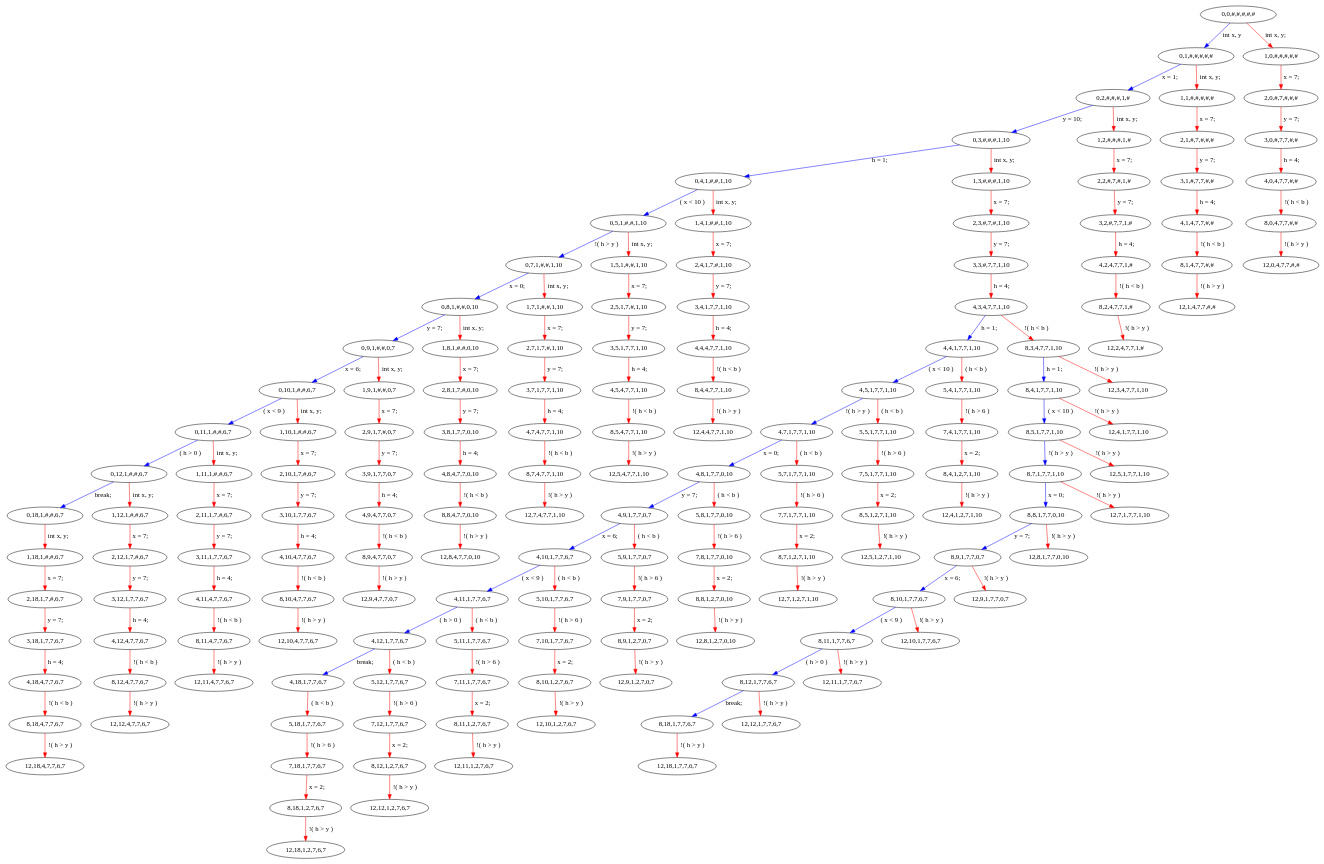
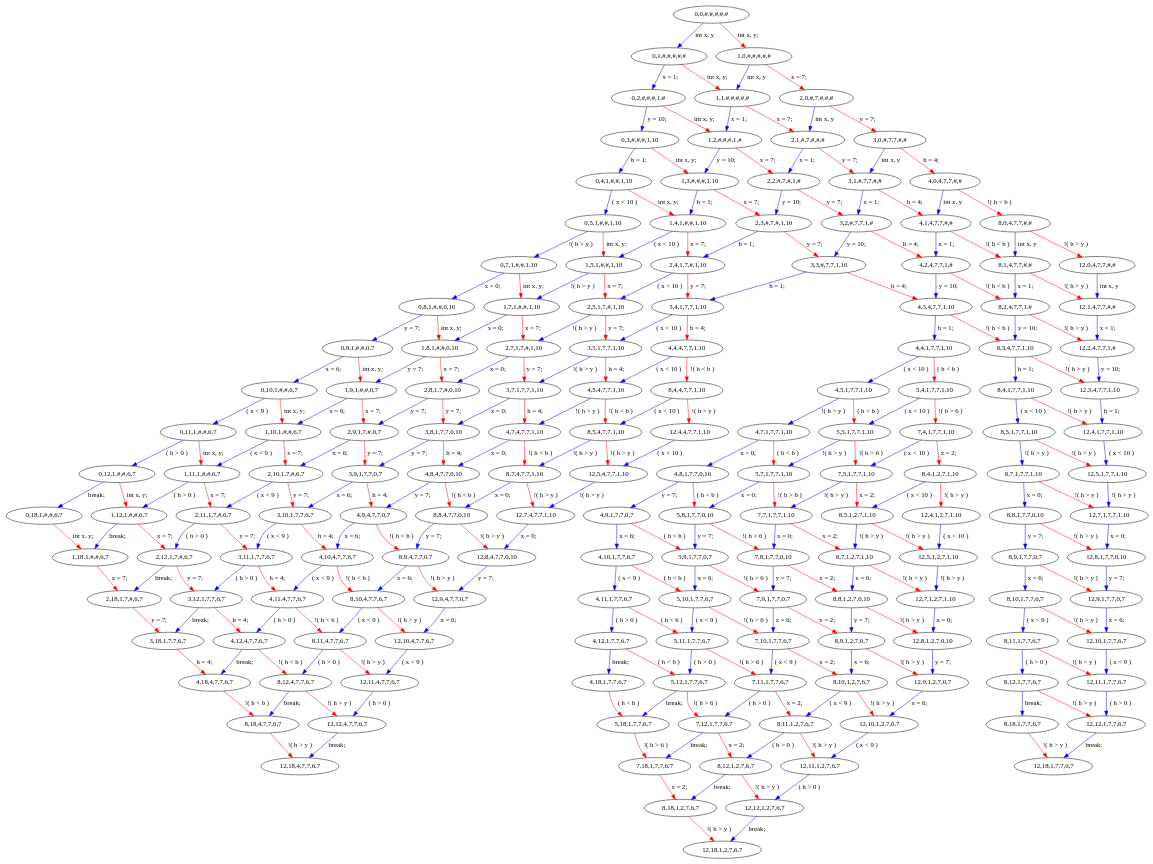
One commit to andxeg/volkanov_task_2 changed the diagram in resultFiles/lts_m12.dot. Above: the diagram before and after it, drawn with Graphviz. The commit also changed 2 other files, not shown here.

```diff
--- a/resultFiles/lts_m12.dot
+++ b/resultFiles/lts_m12.dot
@@ -173,49 +173,93 @@
 16 -> 17 [label="!( h < b )" color="red"];
 17 -> 18 [label="!( h > y )" color="red"];
 11 -> 19 [label="int x, y;" color="red"];
+19 -> 13 [label="break;" color="blue"];
 10 -> 20 [label="int x, y;" color="red"];
+20 -> 19 [label="( h > 0 )" color="blue"];
 9 -> 21 [label="int x, y;" color="red"];
+21 -> 20 [label="( x < 9 )" color="blue"];
 8 -> 22 [label="int x, y;" color="red"];
+22 -> 21 [label="x = 6;" color="blue"];
 7 -> 23 [label="int x, y;" color="red"];
+23 -> 22 [label="y = 7;" color="blue"];
 6 -> 24 [label="int x, y;" color="red"];
+24 -> 23 [label="x = 0;" color="blue"];
 5 -> 25 [label="int x, y;" color="red"];
+25 -> 24 [label="!( h > y )" color="blue"];
 4 -> 26 [label="int x, y;" color="red"];
+26 -> 25 [label="( x < 10 )" color="blue"];
 3 -> 27 [label="int x, y;" color="red"];
+27 -> 26 [label="h = 1;" color="blue"];
 2 -> 28 [label="int x, y;" color="red"];
+28 -> 27 [label="y = 10;" color="blue"];
 1 -> 29 [label="int x, y;" color="red"];
+29 -> 28 [label="x = 1;" color="blue"];
 0 -> 30 [label="int x, y;" color="red"];
+30 -> 29 [label="int x, y" color="blue"];
 19 -> 31 [label="x = 7;" color="red"];
+31 -> 14 [label="break;" color="blue"];
 20 -> 32 [label="x = 7;" color="red"];
+32 -> 31 [label="( h > 0 )" color="blue"];
 21 -> 33 [label="x = 7;" color="red"];
+33 -> 32 [label="( x < 9 )" color="blue"];
 22 -> 34 [label="x = 7;" color="red"];
+34 -> 33 [label="x = 6;" color="blue"];
 23 -> 35 [label="x = 7;" color="red"];
+35 -> 34 [label="y = 7;" color="blue"];
 24 -> 36 [label="x = 7;" color="red"];
+36 -> 35 [label="x = 0;" color="blue"];
 25 -> 37 [label="x = 7;" color="red"];
+37 -> 36 [label="!( h > y )" color="blue"];
 26 -> 38 [label="x = 7;" color="red"];
+38 -> 37 [label="( x < 10 )" color="blue"];
 27 -> 39 [label="x = 7;" color="red"];
+39 -> 38 [label="h = 1;" color="blue"];
 28 -> 40 [label="x = 7;" color="red"];
+40 -> 39 [label="y = 10;" color="blue"];
 29 -> 41 [label="x = 7;" color="red"];
+41 -> 40 [label="x = 1;" color="blue"];
 30 -> 42 [label="x = 7;" color="red"];
+42 -> 41 [label="int x, y" color="blue"];
 31 -> 43 [label="y = 7;" color="red"];
+43 -> 15 [label="break;" color="blue"];
 32 -> 44 [label="y = 7;" color="red"];
+44 -> 43 [label="( h > 0 )" color="blue"];
 33 -> 45 [label="y = 7;" color="red"];
+45 -> 44 [label="( x < 9 )" color="blue"];
 34 -> 46 [label="y = 7;" color="red"];
+46 -> 45 [label="x = 6;" color="blue"];
 35 -> 47 [label="y = 7;" color="red"];
+47 -> 46 [label="y = 7;" color="blue"];
 36 -> 48 [label="y = 7;" color="red"];
+48 -> 47 [label="x = 0;" color="blue"];
 37 -> 49 [label="y = 7;" color="red"];
+49 -> 48 [label="!( h > y )" color="blue"];
 38 -> 50 [label="y = 7;" color="red"];
+50 -> 49 [label="( x < 10 )" color="blue"];
 39 -> 51 [label="y = 7;" color="red"];
+51 -> 50 [label="h = 1;" color="blue"];
 40 -> 52 [label="y = 7;" color="red"];
+52 -> 51 [label="y = 10;" color="blue"];
 41 -> 53 [label="y = 7;" color="red"];
+53 -> 52 [label="x = 1;" color="blue"];
 42 -> 54 [label="y = 7;" color="red"];
+54 -> 53 [label="int x, y" color="blue"];
 43 -> 55 [label="h = 4;" color="red"];
+55 -> 16 [label="break;" color="blue"];
 44 -> 56 [label="h = 4;" color="red"];
+56 -> 55 [label="( h > 0 )" color="blue"];
 45 -> 57 [label="h = 4;" color="red"];
+57 -> 56 [label="( x < 9 )" color="blue"];
 46 -> 58 [label="h = 4;" color="red"];
+58 -> 57 [label="x = 6;" color="blue"];
 47 -> 59 [label="h = 4;" color="red"];
+59 -> 58 [label="y = 7;" color="blue"];
 48 -> 60 [label="h = 4;" color="red"];
+60 -> 59 [label="x = 0;" color="blue"];
 49 -> 61 [label="h = 4;" color="red"];
+61 -> 60 [label="!( h > y )" color="blue"];
 50 -> 62 [label="h = 4;" color="red"];
+62 -> 61 [label="( x < 10 )" color="blue"];
 51 -> 63 [label="h = 4;" color="red"];
 63 -> 64 [label="h = 1;" color="blue"];
 64 -> 65 [label="( x < 10 )" color="blue"];
@@ -231,24 +275,43 @@
 74 -> 75 [label="x = 2;" color="red"];
 75 -> 76 [label="!( h > y )" color="red"];
 52 -> 77 [label="h = 4;" color="red"];
+77 -> 63 [label="y = 10;" color="blue"];
 53 -> 78 [label="h = 4;" color="red"];
+78 -> 77 [label="x = 1;" color="blue"];
 54 -> 79 [label="h = 4;" color="red"];
+79 -> 78 [label="int x, y" color="blue"];
 55 -> 80 [label="!( h < b )" color="red"];
+80 -> 17 [label="break;" color="blue"];
 71 -> 81 [label="( h < b )" color="red"];
+81 -> 73 [label="break;" color="blue"];
 56 -> 82 [label="!( h < b )" color="red"];
+82 -> 80 [label="( h > 0 )" color="blue"];
 70 -> 83 [label="( h < b )" color="red"];
+83 -> 81 [label="( h > 0 )" color="blue"];
 57 -> 84 [label="!( h < b )" color="red"];
+84 -> 82 [label="( x < 9 )" color="blue"];
 69 -> 85 [label="( h < b )" color="red"];
+85 -> 83 [label="( x < 9 )" color="blue"];
 58 -> 86 [label="!( h < b )" color="red"];
+86 -> 84 [label="x = 6;" color="blue"];
 68 -> 87 [label="( h < b )" color="red"];
+87 -> 85 [label="x = 6;" color="blue"];
 59 -> 88 [label="!( h < b )" color="red"];
+88 -> 86 [label="y = 7;" color="blue"];
 67 -> 89 [label="( h < b )" color="red"];
+89 -> 87 [label="y = 7;" color="blue"];
 60 -> 90 [label="!( h < b )" color="red"];
+90 -> 88 [label="x = 0;" color="blue"];
 66 -> 91 [label="( h < b )" color="red"];
+91 -> 89 [label="x = 0;" color="blue"];
 61 -> 92 [label="!( h < b )" color="red"];
+92 -> 90 [label="!( h > y )" color="blue"];
 65 -> 93 [label="( h < b )" color="red"];
+93 -> 91 [label="!( h > y )" color="blue"];
 62 -> 94 [label="!( h < b )" color="red"];
+94 -> 92 [label="( x < 10 )" color="blue"];
 64 -> 95 [label="( h < b )" color="red"];
+95 -> 93 [label="( x < 10 )" color="blue"];
 63 -> 96 [label="!( h < b )" color="red"];
 96 -> 97 [label="h = 1;" color="blue"];
 97 -> 98 [label="( x < 10 )" color="blue"];
@@ -261,50 +324,97 @@
 104 -> 105 [label="break;" color="blue"];
 105 -> 106 [label="!( h > y )" color="red"];
 77 -> 107 [label="!( h < b )" color="red"];
+107 -> 96 [label="y = 10;" color="blue"];
 78 -> 108 [label="!( h < b )" color="red"];
+108 -> 107 [label="x = 1;" color="blue"];
 79 -> 109 [label="!( h < b )" color="red"];
+109 -> 108 [label="int x, y" color="blue"];
 81 -> 110 [label="!( h > 6 )" color="red"];
+110 -> 74 [label="break;" color="blue"];
 83 -> 111 [label="!( h > 6 )" color="red"];
+111 -> 110 [label="( h > 0 )" color="blue"];
 85 -> 112 [label="!( h > 6 )" color="red"];
+112 -> 111 [label="( x < 9 )" color="blue"];
 87 -> 113 [label="!( h > 6 )" color="red"];
+113 -> 112 [label="x = 6;" color="blue"];
 89 -> 114 [label="!( h > 6 )" color="red"];
+114 -> 113 [label="y = 7;" color="blue"];
 91 -> 115 [label="!( h > 6 )" color="red"];
+115 -> 114 [label="x = 0;" color="blue"];
 93 -> 116 [label="!( h > 6 )" color="red"];
+116 -> 115 [label="!( h > y )" color="blue"];
 95 -> 117 [label="!( h > 6 )" color="red"];
+117 -> 116 [label="( x < 10 )" color="blue"];
 110 -> 118 [label="x = 2;" color="red"];
+118 -> 75 [label="break;" color="blue"];
 111 -> 119 [label="x = 2;" color="red"];
+119 -> 118 [label="( h > 0 )" color="blue"];
 112 -> 120 [label="x = 2;" color="red"];
+120 -> 119 [label="( x < 9 )" color="blue"];
 113 -> 121 [label="x = 2;" color="red"];
+121 -> 120 [label="x = 6;" color="blue"];
 114 -> 122 [label="x = 2;" color="red"];
+122 -> 121 [label="y = 7;" color="blue"];
 115 -> 123 [label="x = 2;" color="red"];
+123 -> 122 [label="x = 0;" color="blue"];
 116 -> 124 [label="x = 2;" color="red"];
+124 -> 123 [label="!( h > y )" color="blue"];
 117 -> 125 [label="x = 2;" color="red"];
+125 -> 124 [label="( x < 10 )" color="blue"];
 80 -> 126 [label="!( h > y )" color="red"];
+126 -> 18 [label="break;" color="blue"];
 118 -> 127 [label="!( h > y )" color="red"];
+127 -> 76 [label="break;" color="blue"];
 104 -> 128 [label="!( h > y )" color="red"];
+128 -> 106 [label="break;" color="blue"];
 82 -> 129 [label="!( h > y )" color="red"];
+129 -> 126 [label="( h > 0 )" color="blue"];
 119 -> 130 [label="!( h > y )" color="red"];
+130 -> 127 [label="( h > 0 )" color="blue"];
 103 -> 131 [label="!( h > y )" color="red"];
+131 -> 128 [label="( h > 0 )" color="blue"];
 84 -> 132 [label="!( h > y )" color="red"];
+132 -> 129 [label="( x < 9 )" color="blue"];
 120 -> 133 [label="!( h > y )" color="red"];
+133 -> 130 [label="( x < 9 )" color="blue"];
 102 -> 134 [label="!( h > y )" color="red"];
+134 -> 131 [label="( x < 9 )" color="blue"];
 86 -> 135 [label="!( h > y )" color="red"];
+135 -> 132 [label="x = 6;" color="blue"];
 121 -> 136 [label="!( h > y )" color="red"];
+136 -> 133 [label="x = 6;" color="blue"];
 101 -> 137 [label="!( h > y )" color="red"];
+137 -> 134 [label="x = 6;" color="blue"];
 88 -> 138 [label="!( h > y )" color="red"];
+138 -> 135 [label="y = 7;" color="blue"];
 122 -> 139 [label="!( h > y )" color="red"];
+139 -> 136 [label="y = 7;" color="blue"];
 100 -> 140 [label="!( h > y )" color="red"];
+140 -> 137 [label="y = 7;" color="blue"];
 90 -> 141 [label="!( h > y )" color="red"];
+141 -> 138 [label="x = 0;" color="blue"];
 123 -> 142 [label="!( h > y )" color="red"];
+142 -> 139 [label="x = 0;" color="blue"];
 99 -> 143 [label="!( h > y )" color="red"];
+143 -> 140 [label="x = 0;" color="blue"];
 92 -> 144 [label="!( h > y )" color="red"];
+144 -> 141 [label="!( h > y )" color="blue"];
 124 -> 145 [label="!( h > y )" color="red"];
+145 -> 142 [label="!( h > y )" color="blue"];
 98 -> 146 [label="!( h > y )" color="red"];
+146 -> 143 [label="!( h > y )" color="blue"];
 94 -> 147 [label="!( h > y )" color="red"];
+147 -> 144 [label="( x < 10 )" color="blue"];
 125 -> 148 [label="!( h > y )" color="red"];
+148 -> 145 [label="( x < 10 )" color="blue"];
 97 -> 149 [label="!( h > y )" color="red"];
+149 -> 146 [label="( x < 10 )" color="blue"];
 96 -> 150 [label="!( h > y )" color="red"];
+150 -> 149 [label="h = 1;" color="blue"];
 107 -> 151 [label="!( h > y )" color="red"];
+151 -> 150 [label="y = 10;" color="blue"];
 108 -> 152 [label="!( h > y )" color="red"];
+152 -> 151 [label="x = 1;" color="blue"];
 109 -> 153 [label="!( h > y )" color="red"];
+153 -> 152 [label="int x, y" color="blue"];
 }
```
